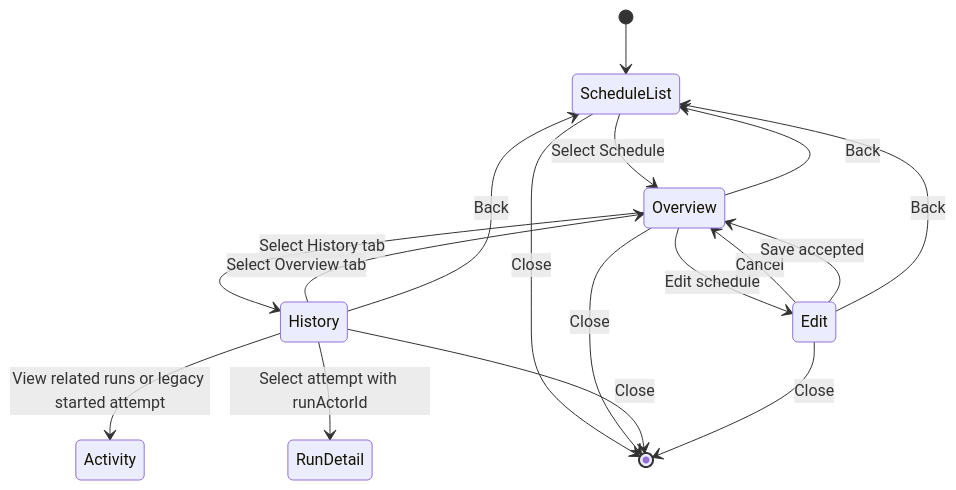
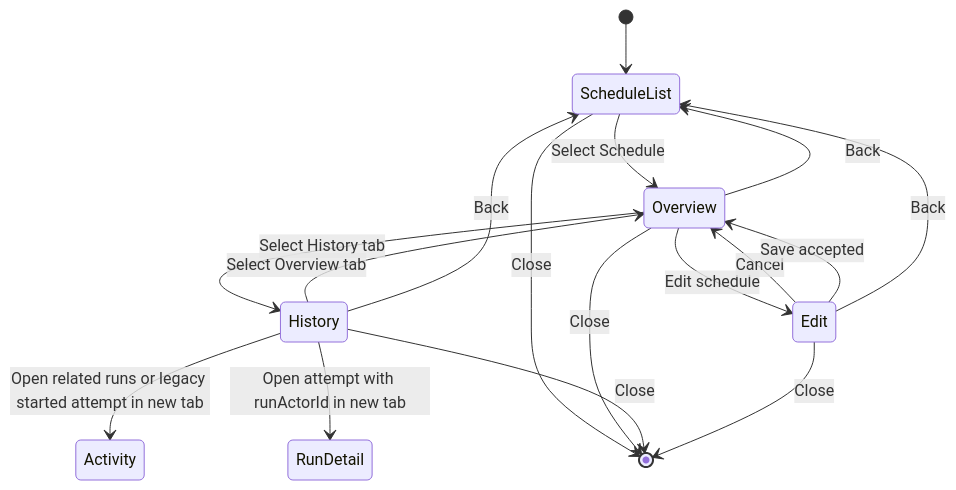
Before and after one commit to aevatarAI/aevatar: the diagram in apps/aevatar-console-web/docs/superpowers/specs/2026-08-21-workflow-schedule-history-design.md, drawn with Mermaid. The commit also changed other lines of this file and 3 other files, not shown here.

Commit message:
Open schedule history links in new tabs

````diff
--- a/apps/aevatar-console-web/docs/superpowers/specs/2026-08-21-workflow-schedule-history-design.md
+++ b/apps/aevatar-console-web/docs/superpowers/specs/2026-08-21-workflow-schedule-history-design.md
@@ -283,19 +287,19 @@
 ```mermaid
 stateDiagram-v2
     [*] --> ScheduleList
     ScheduleList --> Overview: Select Schedule
     Overview --> History: Select History tab
     History --> Overview: Select Overview tab
     Overview --> Edit: Edit schedule
     Edit --> Overview: Cancel
     Edit --> Overview: Save accepted
-    History --> Activity: View related runs or legacy started attempt
-    History --> RunDetail: Select attempt with runActorId
+    History --> Activity: Open related runs or legacy started attempt in new tab
+    History --> RunDetail: Open attempt with runActorId in new tab
     Overview --> ScheduleList: Back
     History --> ScheduleList: Back
     Edit --> ScheduleList: Back
     ScheduleList --> [*]: Close
     Overview --> [*]: Close
     History --> [*]: Close
     Edit --> [*]: Close
 ```
````
